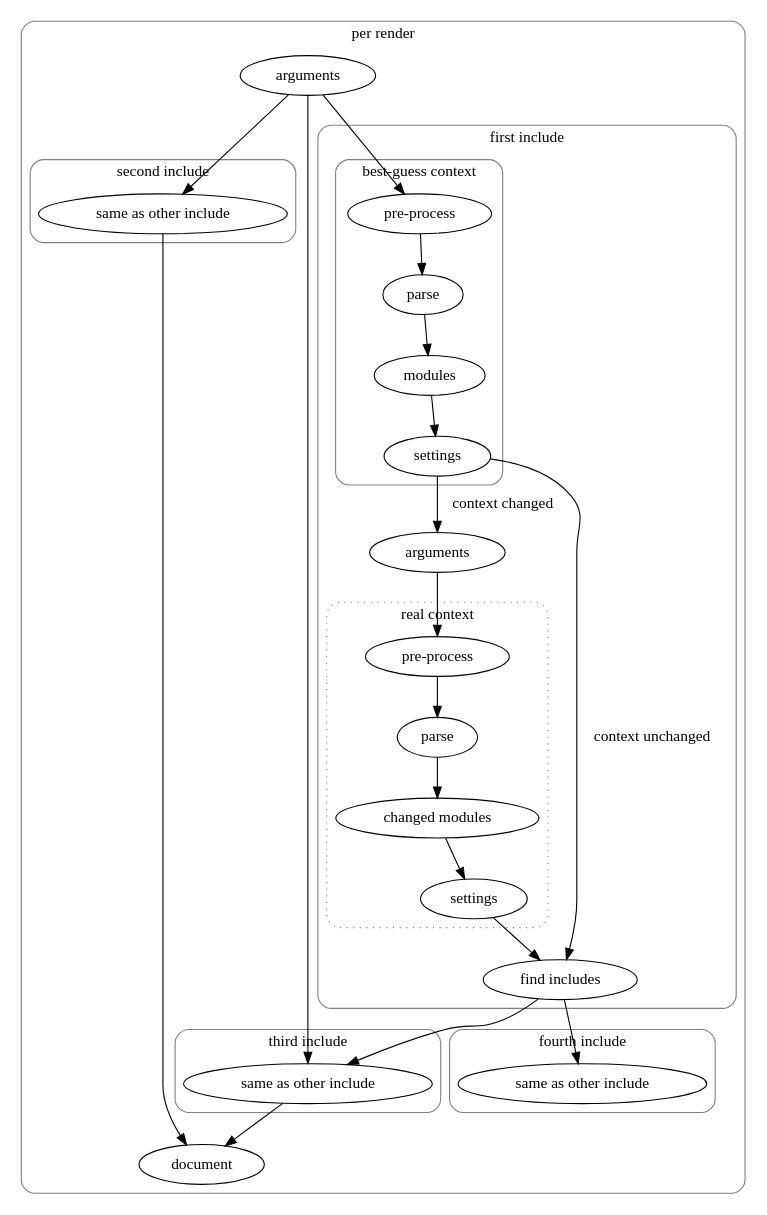
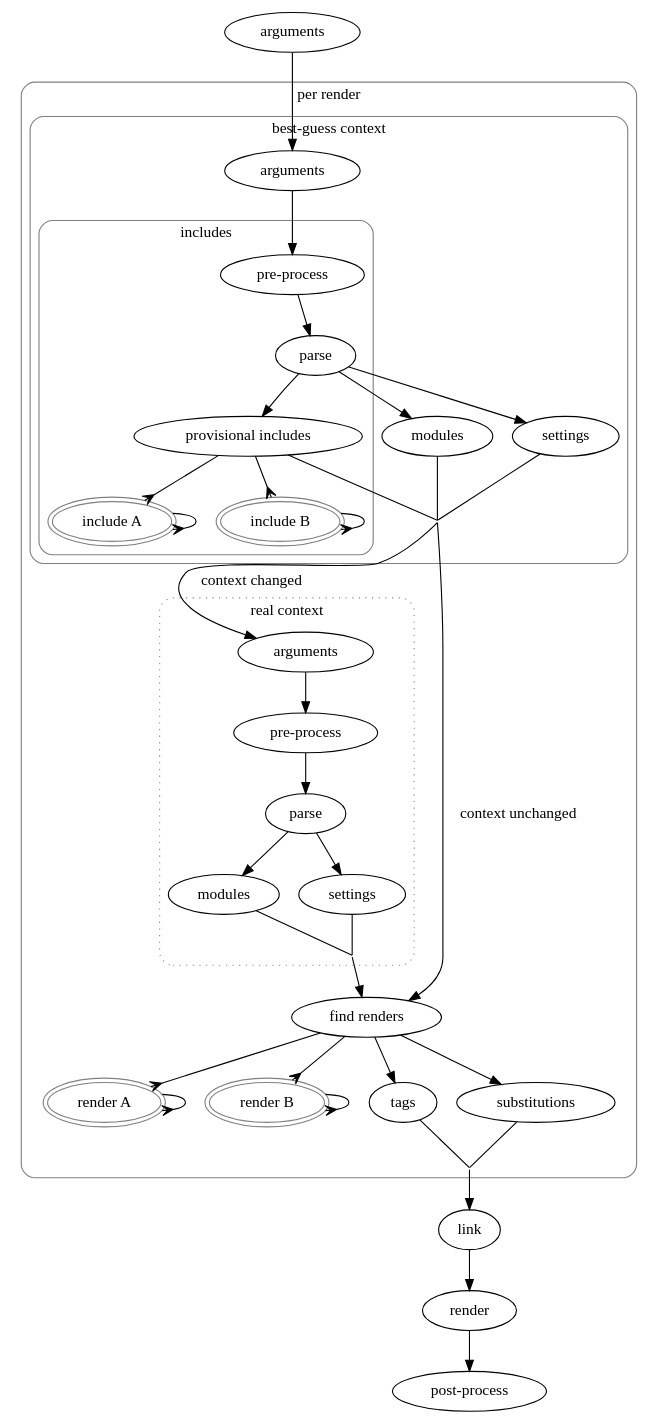
One commit to mverleg/notex_core changed the diagram in doc/index.rst. Above: the diagram before and after it, drawn with Graphviz. The commit also changed other lines of this file and 1 other file, not shown here.

Commit message:
compile graph draft ready

```diff
--- a/doc/index.rst
+++ b/doc/index.rst
@@ -18,59 +18,67 @@
 .. graphviz::
 
    digraph compile {
 	  subgraph cluster_per_render {
-		 label="per render";
-		 graph[style=rounded,color=gray];
-		 "document" [label="document"];
-         subgraph cluster_per_include_2 {
-		    label="second include";
-			graph[style=rounded,color=gray];
-			"second include" [label="same as other include"];
+		 label="per render"
+		 graph[style=rounded,color=gray]
+		 subgraph cluster_provisional {
+			label="best-guess context"
+			graph[style="rounded",color="gray"]
+			"provisional arguments" [label="arguments"]
+			"provisional pre-process" [label="pre-process"]
+			"provisional parse" [label="parse"]
+			"provisional modules" [label="modules"]
+			"provisional settings" [label="settings"]
+			subgraph cluster_include_provisional {
+               label="includes"
+               graph[style="rounded",color="gray"]
+               "provisional pre-process" -> "provisional parse" -> "provisional includes"
+               "provisional include A" [label="include A",peripheries=2,color=gray]
+		       "provisional include B" [label="include B",peripheries=2,color=gray]
+		       "provisional include A" -> "provisional include A" [arrowhead=crow]
+		       "provisional include B" -> "provisional include B" [arrowhead=crow]
+		       "provisional includes" -> "provisional include A" [arrowhead=crow]
+		       "provisional includes" -> "provisional include B" [arrowhead=crow]
+			}
+			"provisional arguments" -> "provisional pre-process"
+			"provisional parse" -> "provisional modules"
+			"provisional parse" -> "provisional settings"
+			"provisional out" [style=invis,height=0,label=""]
+            "provisional includes" -> "provisional out" [dir=none]
+			"provisional modules"  -> "provisional out" [dir=none]
+			"provisional settings" -> "provisional out" [dir=none]
 		 }
-		 subgraph cluster_per_include_3 {
-		    label="third include";
-			graph[style=rounded,color=gray];
-			"third include" [label="same as other include"];
+		 subgraph cluster_final {
+			label="real context"
+			graph[style="dotted,rounded",color=gray]
+			"final arguments" [label="arguments"]
+			"final pre-process" [label="pre-process"]
+			"final parse" [label="parse"]
+			"final modules" [label="modules"]
+			"final settings" [label="settings"]
+			"final arguments" -> "final pre-process" -> "final parse" -> "final modules"
+			"final parse" -> "final settings"
+			"final out" [style=invis,height=0,label=""]
+			"final modules" -> "final out" [dir=none]
+			"final settings" -> "final out" [dir=none]
 		 }
-         subgraph cluster_per_include_4 {
-		    label="fourth include";
-			graph[style=rounded,color=gray];
-			"fourth include" [label="same as other include"];
-		 }
-		 subgraph cluster_per_include {
-			label="first include";
-			graph[style=rounded,color=gray];
-			subgraph cluster_provisional {
-               label="best-guess context";
-               graph[style="rounded",color=gray];
-               "provisional pre-process" [label="pre-process"];
-               "provisional parse" [label="parse"];
-               "provisional modules" [label="modules"];
-               "provisional settings" [label="settings"];
-               "provisional pre-process" -> "provisional parse" -> "provisional modules" -> "provisional settings";
-			}
-			"final arguments" [label="arguments"];
-			subgraph cluster_final {
-			   label="real context";
-			   graph[style="dotted,rounded",color=gray];
-               "final pre-process" [label="pre-process"];
-               "final parse" [label="parse"];
-               "final modules" [label="changed modules"];
-               "final settings" [label="settings"];
-               "final pre-process" -> "final parse" -> "final modules" -> "final settings";
-			}
-			"provisional settings" -> "final arguments" [label="context changed"];
-			"provisional settings" -> "find includes" [label="context unchanged"];
-			"final arguments" -> "final pre-process";
-			"final settings" -> "find includes";
-			"find includes" -> "third include";
-			"find includes" -> "fourth include";
-		 }
-		 "initial arguments" [label="arguments"];
-		 "initial arguments" -> "provisional pre-process";
-		 "initial arguments" -> "second include";
-		 "initial arguments" -> "third include";
-		 "second include" -> "document";
-		 "third include" -> "document";
+		 "provisional out" -> "final arguments" [label="context changed"]
+		 "provisional out" -> "find renders" [label="context unchanged"]
+		 "final out" -> "find renders"
+		 "render A" [peripheries=2,color=gray]
+		 "render B" [peripheries=2,color=gray]
+		 "find renders" -> "render A" [arrowhead=crow]
+		 "find renders" -> "render B" [arrowhead=crow]
+		 "render A" -> "render A" [arrowhead=crow]
+		 "render B" -> "render B" [arrowhead=crow]
+		 "find renders" -> "tags"
+		 "find renders" -> "substitutions"
+         "render out" [style=invis,height=0,label=""]
+         "tags" -> "render out" [dir=none]
+         "substitutions" -> "render out" [dir=none]
 	  }
+	  "render out" -> "link";
+	  "link" -> "render" -> "post-process"
+	  "initial arguments" [label="arguments"]
+	  "initial arguments" -> "provisional arguments"
    }
```
